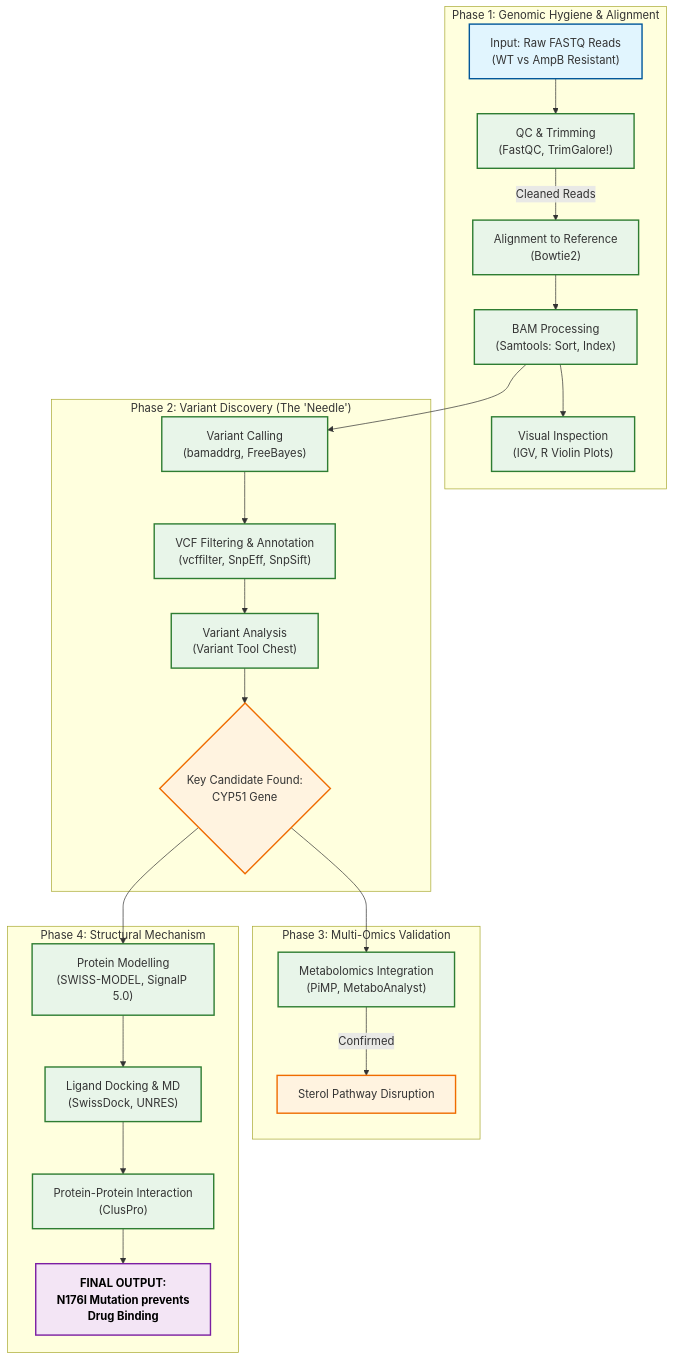
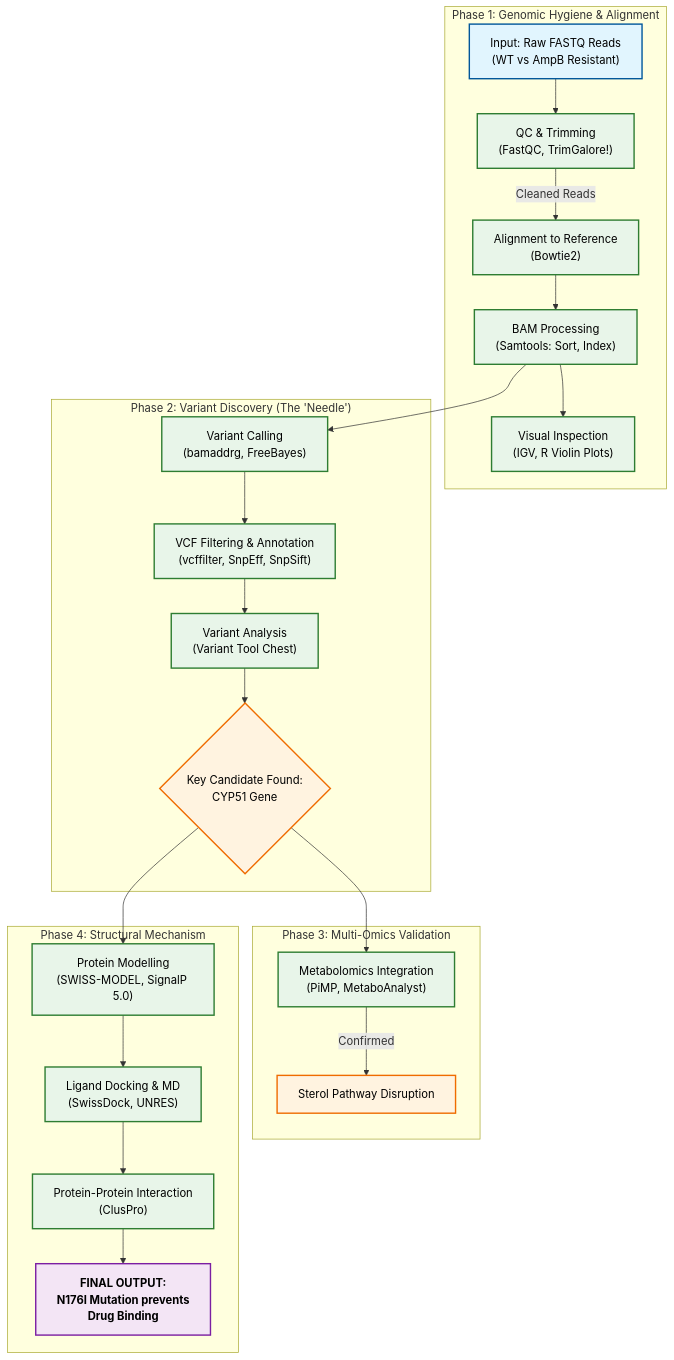
One commit to PawnChessmon/Leishmania-Project changed the diagram in README.md. Above: the diagram before and after it, drawn with Mermaid.

Commit message:
Enhance Mermaid flowchart styles in README
Updated class definitions in Mermaid flowchart for better visibility.

````diff
--- a/README.md
+++ b/README.md
@@ -1,34 +1,34 @@
 ```mermaid
-flowchart TD
+graph TD
     %% Define Styles
-    classDef input fill:#e1f5fe,stroke:#01579b,stroke-width:2px;
-    classDef process fill:#e8f5e9,stroke:#2e7d32,stroke-width:2px;
-    classDef finding fill:#fff3e0,stroke:#ef6c00,stroke-width:2px;
+    classDef input fill:#e1f5fe,stroke:#01579b,stroke-width:2px,color:black;
+    classDef process fill:#e8f5e9,stroke:#2e7d32,stroke-width:2px,color:black;
+    classDef finding fill:#fff3e0,stroke:#ef6c00,stroke-width:2px,color:black;
     classDef output fill:#f3e5f5,stroke:#7b1fa2,stroke-width:2px,color:black,font-weight:bold;
 
     subgraph "Phase 1: Genomic Hygiene & Alignment"
         A["Input: Raw FASTQ Reads<br>(WT vs AmpB Resistant)"]:::input --> B["QC & Trimming<br>(FastQC, TrimGalore!)"]:::process
         B -->|Cleaned Reads| C["Alignment to Reference<br>(Bowtie2)"]:::process
         C --> D["BAM Processing<br>(Samtools: Sort, Index)"]:::process
         D --> E["Visual Inspection<br>(IGV, R Violin Plots)"]:::process
     end
 
     subgraph "Phase 2: Variant Discovery (The 'Needle')"
         D --> F["Variant Calling<br>(bamaddrg, FreeBayes)"]:::process
         F --> G["VCF Filtering & Annotation<br>(vcffilter, SnpEff, SnpSift)"]:::process
         G --> H["Variant Analysis<br>(Variant Tool Chest)"]:::process
         H --> I{"Key Candidate Found:<br>CYP51 Gene"}:::finding
     end
 
     subgraph "Phase 3: Multi-Omics Validation"
         I --> J["Metabolomics Integration<br>(PiMP, MetaboAnalyst)"]:::process
         J -->|Confirmed| K["Sterol Pathway Disruption"]:::finding
     end
 
     subgraph "Phase 4: Structural Mechanism"
         I --> L["Protein Modelling<br>(SWISS-MODEL, SignalP 5.0)"]:::process
         L --> M["Ligand Docking & MD<br>(SwissDock, UNRES)"]:::process
         M --> N["Protein-Protein Interaction<br>(ClusPro)"]:::process
         N --> O["FINAL OUTPUT:<br>N176I Mutation prevents<br>Drug Binding"]:::output
     end
 ```
````
